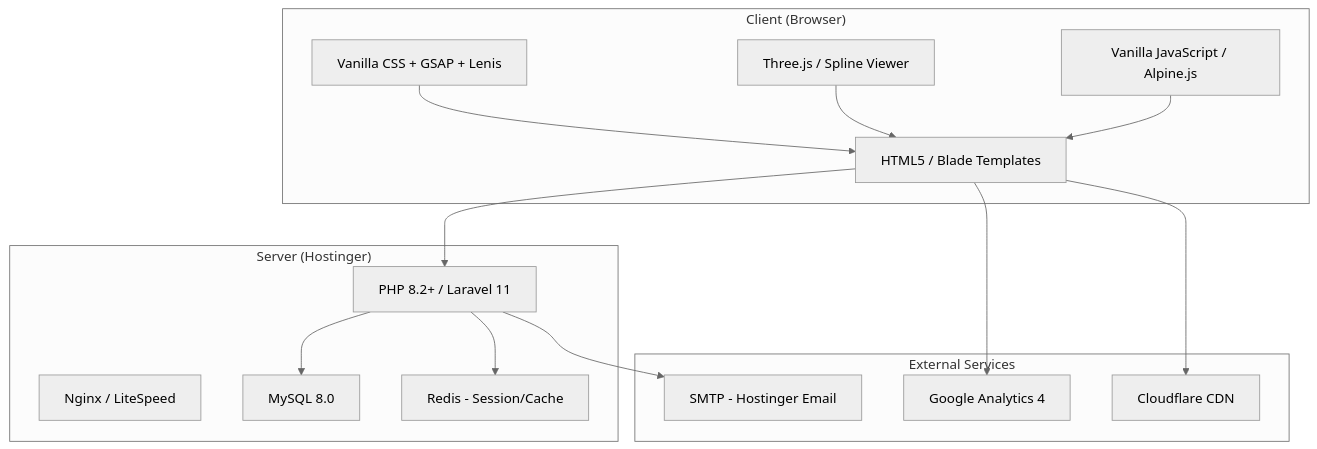
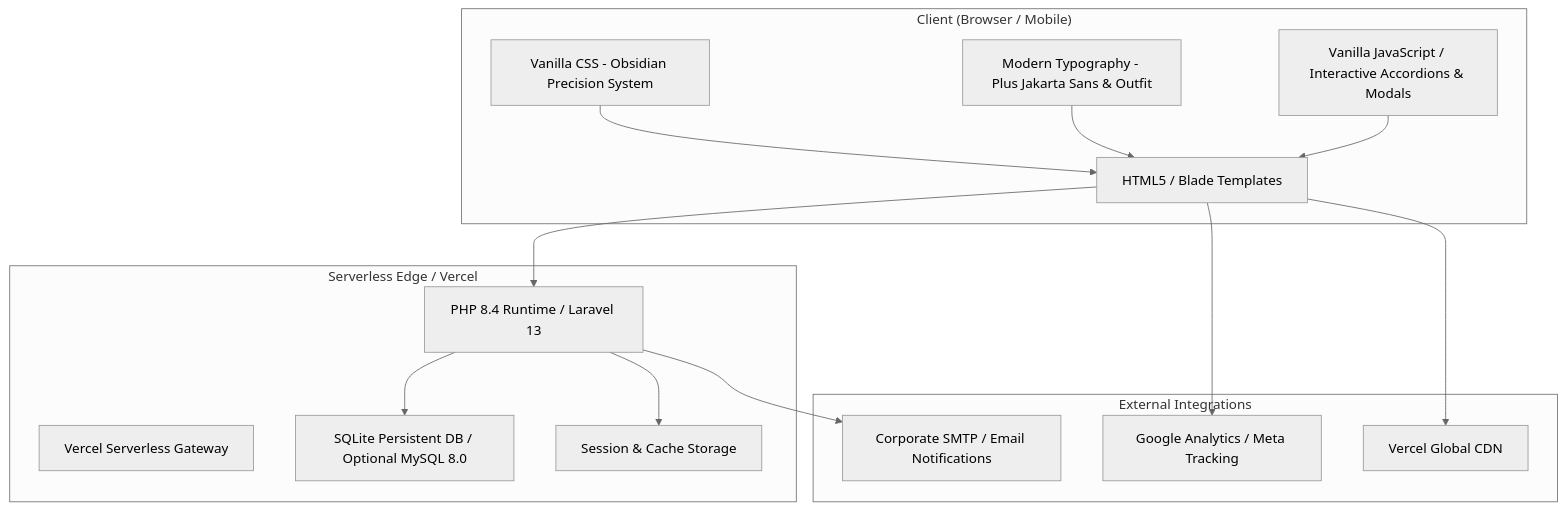
The first of 2 diagrams in source/TRD.md (Mrinmoypatratint/talisha-software), drawn with Mermaid (neutral theme) before and after one commit. The commit also changed other lines of this file and 9 other files, not shown here.

````diff
--- a/source/TRD.md
+++ b/source/TRD.md
@@ -16,32 +17,32 @@
 ```mermaid
 graph TB
-    subgraph "Client (Browser)"
+    subgraph "Client (Browser / Mobile)"
         A[HTML5 / Blade Templates]
-        B[Vanilla CSS + GSAP + Lenis]
-        C[Three.js / Spline Viewer]
-        D[Vanilla JavaScript / Alpine.js]
+        B[Vanilla CSS - Obsidian Precision System]
+        C[Modern Typography - Plus Jakarta Sans & Outfit]
+        D[Vanilla JavaScript / Interactive Accordions & Modals]
     end
     
-    subgraph "Server (Hostinger)"
-        E[Nginx / LiteSpeed]
-        F[PHP 8.2+ / Laravel 11]
-        G[MySQL 8.0]
-        H[Redis - Session/Cache]
+    subgraph "Serverless Edge / Vercel"
+        E[Vercel Serverless Gateway]
+        F[PHP 8.4 Runtime / Laravel 13]
+        G[SQLite Persistent DB / Optional MySQL 8.0]
+        H[Session & Cache Storage]
     end
     
-    subgraph "External Services"
-        I[SMTP - Hostinger Email]
-        J[Google Analytics 4]
-        K[Cloudflare CDN]
+    subgraph "External Integrations"
+        I[Corporate SMTP / Email Notifications]
+        J[Google Analytics / Meta Tracking]
+        K[Vercel Global CDN]
     end
     
     A --> F
     B --> A
     C --> A
     D --> A
     F --> G
     F --> H
     F --> I
     A --> J
     A --> K
 ```
````
